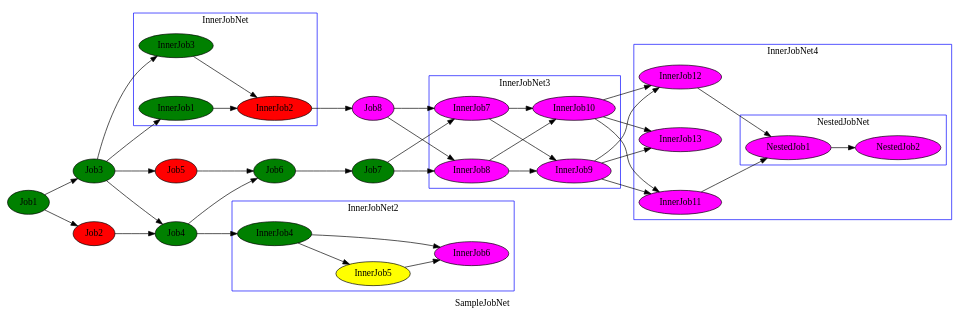
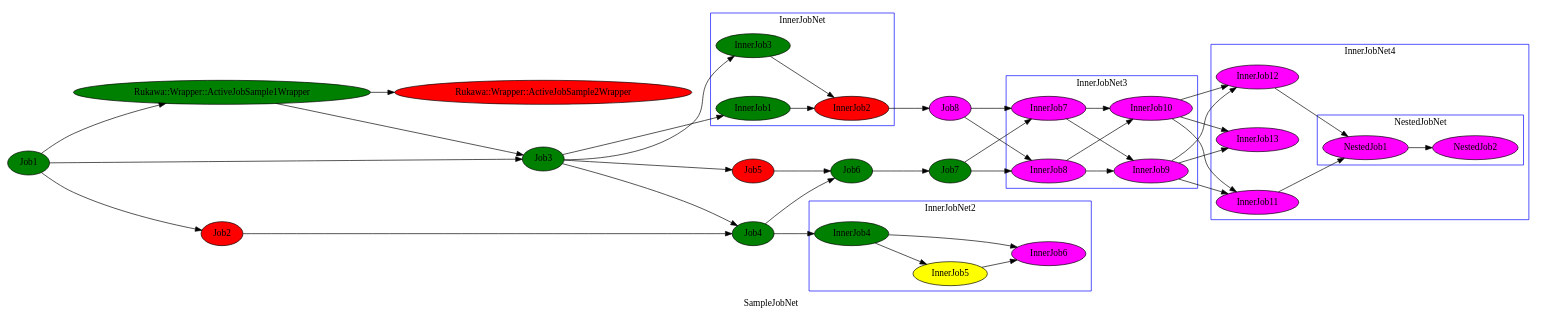
One commit to joker1007/rukawa changed the diagram in sample/result.dot. Above: the diagram before and after it, drawn with Graphviz. The commit also changed 3 other files, not shown here.

Commit message:
Fix graphviz format bugs

```diff
--- a/sample/result.dot
+++ b/sample/result.dot
@@ -1,86 +1,91 @@
 digraph "SampleJobNet" {
 label = "SampleJobNet";
 graph [rankdir = LR,nodesep = 0.8,concentrate = true];
-Job1 [style = filled,fillcolor = green];
-Job2 [style = filled,fillcolor = red];
-Job3 [style = filled,fillcolor = green];
-Job4 [style = filled,fillcolor = green];
+"Job1" [style = filled,fillcolor = green];
+"Rukawa::Wrapper::ActiveJobSample1Wrapper" [style = filled,fillcolor = green];
+"Rukawa::Wrapper::ActiveJobSample2Wrapper" [style = filled,fillcolor = red];
+"Job2" [style = filled,fillcolor = red];
+"Job3" [style = filled,fillcolor = green];
+"Job4" [style = filled,fillcolor = green];
 subgraph "cluster_InnerJobNet" {
 label = "InnerJobNet";
 graph [rankdir = LR,nodesep = 0.8,concentrate = true];
 color = blue;
-InnerJob3 [style = filled,fillcolor = green];
-InnerJob1 [style = filled,fillcolor = green];
-InnerJob2 [style = filled,fillcolor = red];
+"InnerJob3" [style = filled,fillcolor = green];
+"InnerJob1" [style = filled,fillcolor = green];
+"InnerJob2" [style = filled,fillcolor = red];
 "InnerJob1" -> "InnerJob2";
 "InnerJob3" -> "InnerJob2";
 }
-Job8 [style = filled,fillcolor = magenta];
-Job5 [style = filled,fillcolor = red];
-Job6 [style = filled,fillcolor = green];
-Job7 [style = filled,fillcolor = green];
+"Job8" [style = filled,fillcolor = magenta];
+"Job5" [style = filled,fillcolor = red];
+"Job6" [style = filled,fillcolor = green];
+"Job7" [style = filled,fillcolor = green];
 subgraph "cluster_InnerJobNet2" {
 label = "InnerJobNet2";
 graph [rankdir = LR,nodesep = 0.8,concentrate = true];
 color = blue;
-InnerJob4 [style = filled,fillcolor = green];
-InnerJob5 [style = filled,fillcolor = yellow];
-InnerJob6 [style = filled,fillcolor = magenta];
+"InnerJob4" [style = filled,fillcolor = green];
+"InnerJob5" [style = filled,fillcolor = yellow];
+"InnerJob6" [style = filled,fillcolor = magenta];
 "InnerJob4" -> "InnerJob5";
 "InnerJob4" -> "InnerJob6";
 "InnerJob5" -> "InnerJob6";
 }
 subgraph "cluster_InnerJobNet3" {
 label = "InnerJobNet3";
 graph [rankdir = LR,nodesep = 0.8,concentrate = true];
 color = blue;
-InnerJob7 [style = filled,fillcolor = magenta];
-InnerJob8 [style = filled,fillcolor = magenta];
-InnerJob9 [style = filled,fillcolor = magenta];
-InnerJob10 [style = filled,fillcolor = magenta];
+"InnerJob7" [style = filled,fillcolor = magenta];
+"InnerJob8" [style = filled,fillcolor = magenta];
+"InnerJob9" [style = filled,fillcolor = magenta];
+"InnerJob10" [style = filled,fillcolor = magenta];
 "InnerJob7" -> "InnerJob9";
 "InnerJob8" -> "InnerJob9";
 "InnerJob7" -> "InnerJob10";
 "InnerJob8" -> "InnerJob10";
 }
 subgraph "cluster_InnerJobNet4" {
 label = "InnerJobNet4";
 graph [rankdir = LR,nodesep = 0.8,concentrate = true];
 color = blue;
-InnerJob11 [style = filled,fillcolor = magenta];
-InnerJob12 [style = filled,fillcolor = magenta];
-InnerJob13 [style = filled,fillcolor = magenta];
+"InnerJob11" [style = filled,fillcolor = magenta];
+"InnerJob12" [style = filled,fillcolor = magenta];
+"InnerJob13" [style = filled,fillcolor = magenta];
 subgraph "cluster_NestedJobNet" {
 label = "NestedJobNet";
 graph [rankdir = LR,nodesep = 0.8,concentrate = true];
 color = blue;
-NestedJob1 [style = filled,fillcolor = magenta];
-NestedJob2 [style = filled,fillcolor = magenta];
+"NestedJob1" [style = filled,fillcolor = magenta];
+"NestedJob2" [style = filled,fillcolor = magenta];
 "NestedJob1" -> "NestedJob2";
 }
 "InnerJob11" -> "NestedJob1";
 "InnerJob12" -> "NestedJob1";
 }
+"Job1" -> "Rukawa::Wrapper::ActiveJobSample1Wrapper";
+"Rukawa::Wrapper::ActiveJobSample1Wrapper" -> "Rukawa::Wrapper::ActiveJobSample2Wrapper";
 "Job1" -> "Job2";
 "Job1" -> "Job3";
+"Rukawa::Wrapper::ActiveJobSample1Wrapper" -> "Job3";
 "Job2" -> "Job4";
 "Job3" -> "Job4";
 "Job3" -> "InnerJob3";
 "Job3" -> "InnerJob1";
 "InnerJob2" -> "Job8";
 "Job3" -> "Job5";
 "Job4" -> "Job6";
 "Job5" -> "Job6";
 "Job6" -> "Job7";
 "Job4" -> "InnerJob4";
 "Job8" -> "InnerJob7";
 "Job8" -> "InnerJob8";
 "Job7" -> "InnerJob7";
 "Job7" -> "InnerJob8";
 "InnerJob9" -> "InnerJob11";
 "InnerJob9" -> "InnerJob12";
 "InnerJob9" -> "InnerJob13";
 "InnerJob10" -> "InnerJob11";
 "InnerJob10" -> "InnerJob12";
 "InnerJob10" -> "InnerJob13";
 }
```
